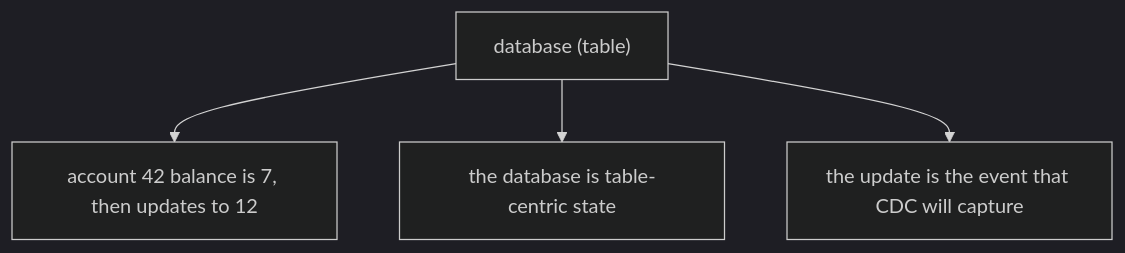
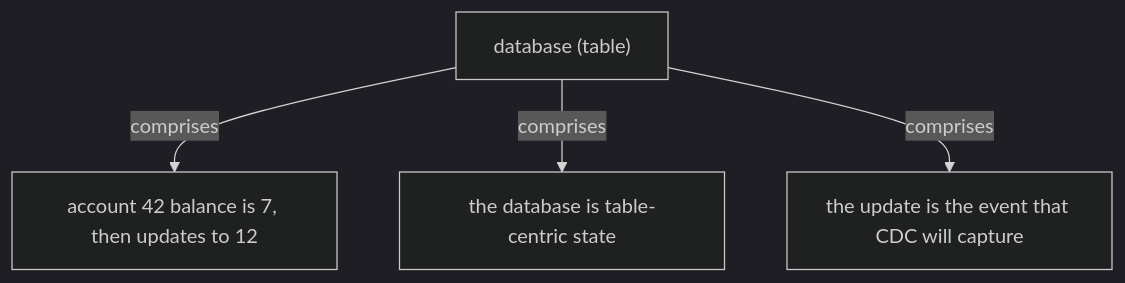
Before and after one commit to vinayakuber/streaming-systems-study-guide: the fourth of 19 diagrams in docs/ch06-streams-and-tables.md, drawn with Mermaid (dark theme). The commit also changed other lines of this file and 22 other files, not shown here.

First line of the commit message:
R18: label every diagram arrow with its meaning

````diff
--- a/docs/ch06-streams-and-tables.md
+++ b/docs/ch06-streams-and-tables.md
@@ -143,7 +143,7 @@
 ```mermaid
 flowchart TD
   R["database (table)"]
-  R --> P0["account 42 balance is 7, then updates to 12"]
-  R --> P1["the database is table-centric state"]
-  R --> P2["the update is the event that CDC will capture"]
+  R -->|"comprises"| P0["account 42 balance is 7, then updates to 12"]
+  R -->|"comprises"| P1["the database is table-centric state"]
+  R -->|"comprises"| P2["the update is the event that CDC will capture"]
 ```
````
